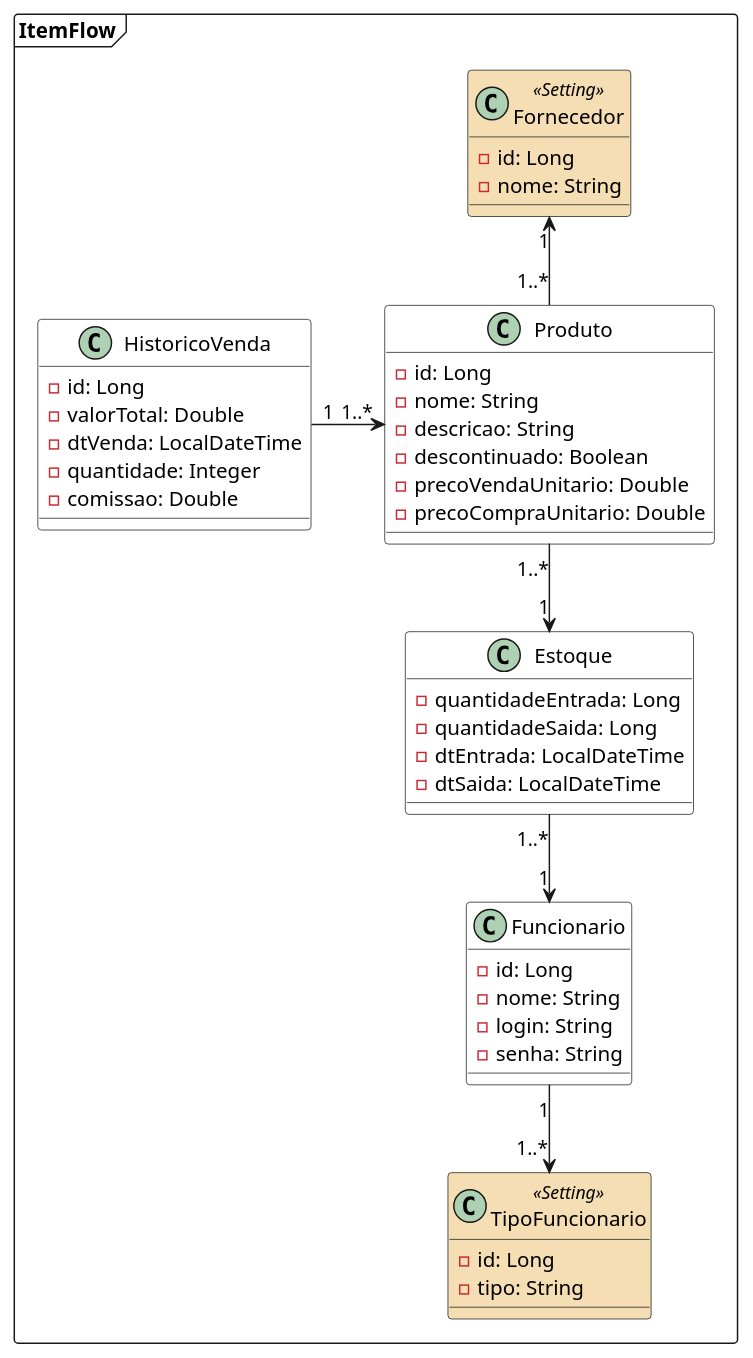
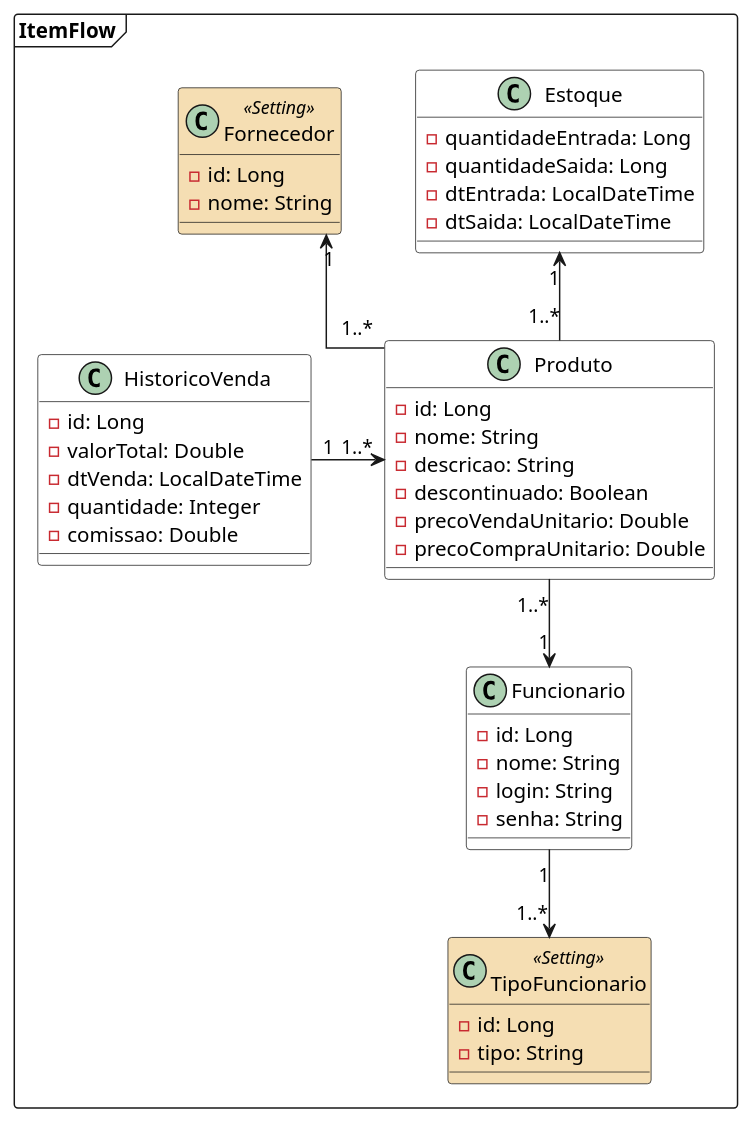
The diagram in src/main/resources/diagramas/class-diagram.puml (lauralves/sistema-stox-spring-boot-angular), drawn with PlantUML before and after one commit.

Commit message:
refactor: diagrama atualizado

```diff
--- a/src/main/resources/diagramas/class-diagram.puml
+++ b/src/main/resources/diagramas/class-diagram.puml
@@ -1,62 +1,62 @@
 @startuml
 'https://plantuml.com/class-diagram
 
 skinparam defaultFontName Droid Sans
 skinparam linetype ortho
 skinparam nodesep 50
 skinparam class {
     BackgroundColor White
     BackgroundColor<<Setting>> Wheat
 }
 
 set separator none
 package ItemFlow <<Frame>>{
     class Produto {
         - id: Long
         - nome: String
         - descricao: String
         - descontinuado: Boolean
         - precoVendaUnitario: Double
         - precoCompraUnitario: Double
     }
 
     class Estoque {
          - quantidadeEntrada: Long
          - quantidadeSaida: Long
          - dtEntrada: LocalDateTime
          - dtSaida: LocalDateTime
     }
 
     class Funcionario {
         - id: Long
         - nome: String
         - login: String
         - senha: String
     }
 
     class HistoricoVenda {
         - id: Long
         - valorTotal: Double
         - dtVenda: LocalDateTime
         - quantidade: Integer
         - comissao: Double
 
     }
     class Fornecedor <<Setting>>{
         - id: Long
         - nome: String
     }
     class TipoFuncionario <<Setting>> {
         - id: Long
         - tipo: String
     }
 
 
-Estoque "1..*" --> "1" Funcionario
+Produto "1..*" --> "1" Funcionario
 Fornecedor "1" <-- "1..*" Produto
 Funcionario "1" --> "1..*" TipoFuncionario
 HistoricoVenda "1" -> "1..*" "Produto"
-Produto "1..*" --> "1" Estoque
+Produto "1..*" --u> "1" Estoque
 }
 
 @enduml
```
